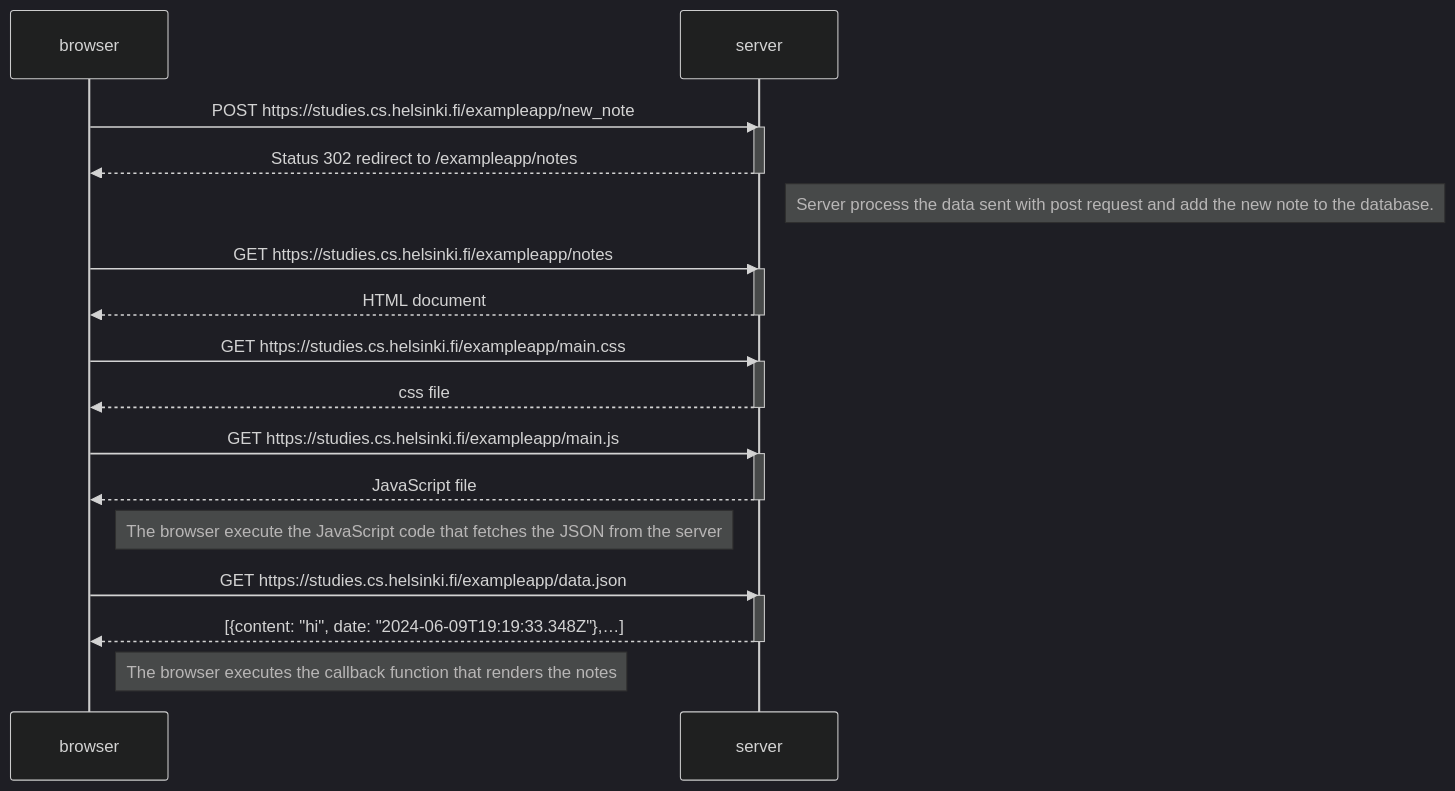
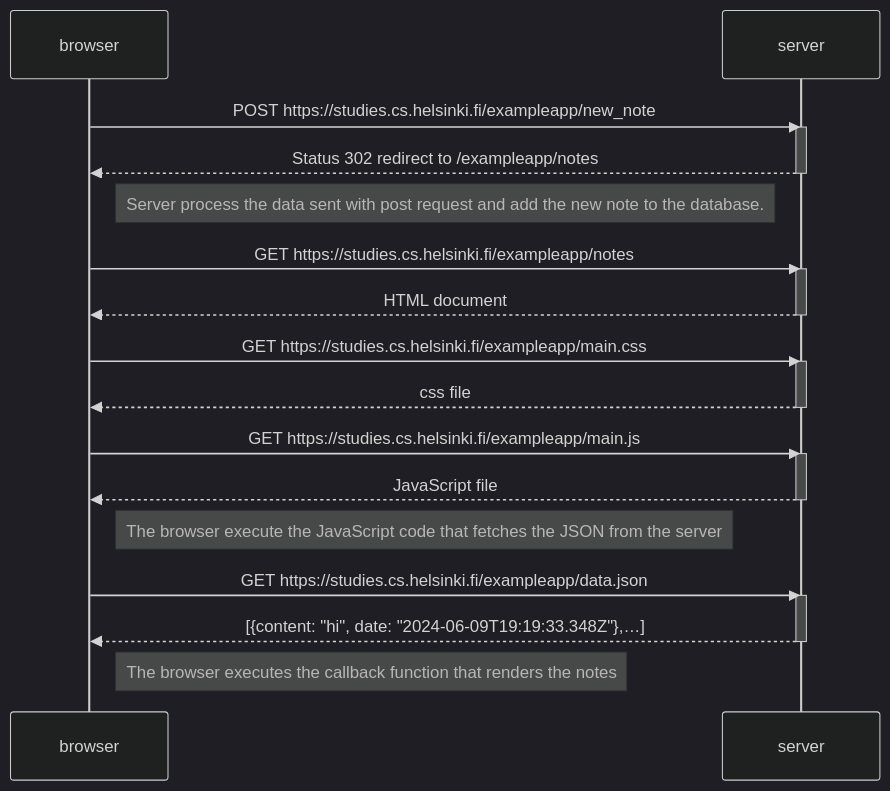
Before and after one commit to PaingKhant0397/fullstackopen-exercises: the diagram in part0/0.4-NewNoteDiagram/0.4-NewNoteDiagram.md, drawn with Mermaid (dark theme).

Commit message:
finished part0

````diff
--- a/part0/0.4-NewNoteDiagram/0.4-NewNoteDiagram.md
+++ b/part0/0.4-NewNoteDiagram/0.4-NewNoteDiagram.md
@@ -4,37 +4,37 @@
 ```mermaid
 sequenceDiagram
     participant browser
     participant server
 
     browser->>server: POST https://studies.cs.helsinki.fi/exampleapp/new_note
     activate server
     server-->>browser: Status 302 redirect to /exampleapp/notes
     deactivate server
 
-    Note right of server: Server process the data sent with post request and add the new note to the database.
+    Note right of browser: Server process the data sent with post request and add the new note to the database.
 
     browser->>server: GET https://studies.cs.helsinki.fi/exampleapp/notes
     activate server
     server-->>browser: HTML document
     deactivate server
 
 
     browser->>server: GET https://studies.cs.helsinki.fi/exampleapp/main.css
     activate server
     server-->>browser: css file
     deactivate server
 
     browser->>server: GET https://studies.cs.helsinki.fi/exampleapp/main.js
     activate server
     server-->>browser: JavaScript file
     deactivate server
 
     Note right of browser: The browser execute the JavaScript code that fetches the JSON from the server
 
     browser->>server: GET https://studies.cs.helsinki.fi/exampleapp/data.json
     activate server
     server-->>browser: [{content: "hi", date: "2024-06-09T19:19:33.348Z"},…]
     deactivate server
 
     Note right of browser: The browser executes the callback function that renders the notes
 ```
````
